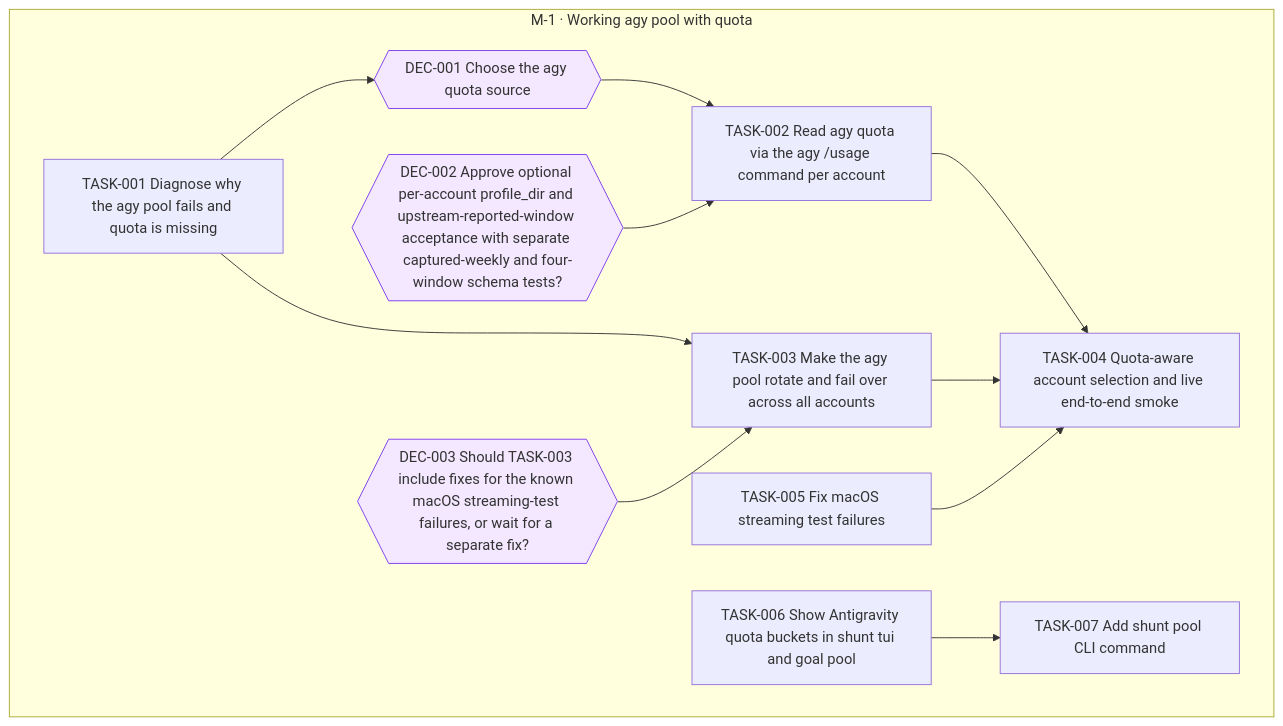
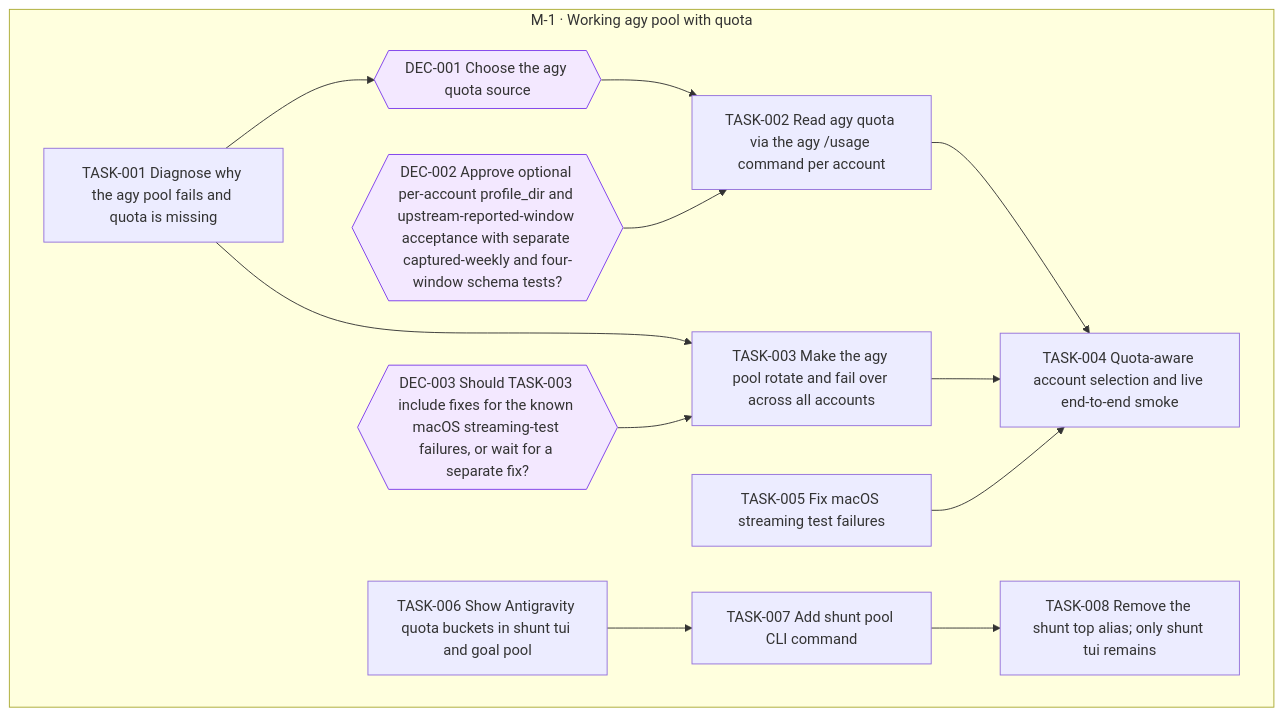
One commit to jesusvillota/shunt changed the diagram in goals/agy-pool/README.md. Above: the diagram before and after it, drawn with Mermaid. The commit also changed 1 other file, not shown here.

Commit message:
goal(agy-pool): add TASK-008 Remove the shunt top alias; only shunt tui remains

````diff
--- a/goals/agy-pool/README.md
+++ b/goals/agy-pool/README.md
@@ -19,30 +19,32 @@
 ```mermaid
 flowchart TD
   subgraph M_1["M-1 · Working agy pool with quota"]
     DEC_001{{"DEC-001 Choose the agy quota source"}}
     DEC_002{{"DEC-002 Approve optional per-account profile_dir and upstream-reported-window acceptance with separate captured-weekly and four-window schema tests?"}}
     DEC_003{{"DEC-003 Should TASK-003 include fixes for the known macOS streaming-test failures, or wait for a separate fix?"}}
     TASK_001["TASK-001 Diagnose why the agy pool fails and quota is missing"]
     TASK_002["TASK-002 Read agy quota via the agy /usage command per account"]
     TASK_003["TASK-003 Make the agy pool rotate and fail over across all accounts"]
     TASK_004["TASK-004 Quota-aware account selection and live end-to-end smoke"]
     TASK_005["TASK-005 Fix macOS streaming test failures"]
     TASK_006["TASK-006 Show Antigravity quota buckets in shunt tui and goal pool"]
     TASK_007["TASK-007 Add shunt pool CLI command"]
+    TASK_008["TASK-008 Remove the shunt top alias; only shunt tui remains"]
   end
   TASK_001 --> DEC_001
   DEC_001 --> TASK_002
   DEC_002 --> TASK_002
   TASK_001 --> TASK_003
   DEC_003 --> TASK_003
   TASK_002 --> TASK_004
   TASK_003 --> TASK_004
   TASK_005 --> TASK_004
   TASK_006 --> TASK_007
+  TASK_007 --> TASK_008
   classDef draft stroke-dasharray: 4 3
   classDef cancelled opacity:0.45
   classDef decision fill:#f3e8ff,stroke:#7c3aed
   class DEC_001 decision
   class DEC_002 decision
   class DEC_003 decision
 ```
````
